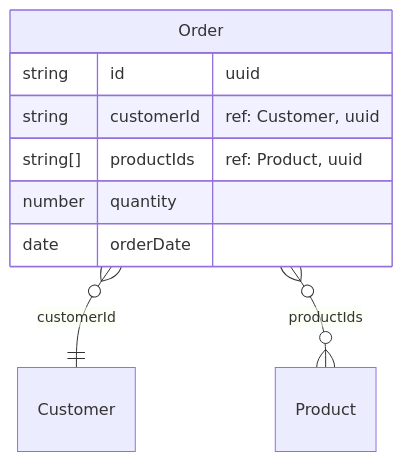
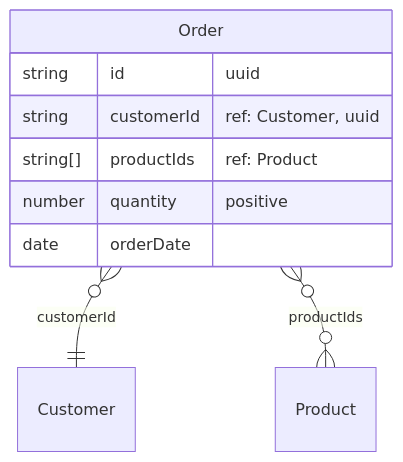
One commit to kothar/zod-mermaid changed the eighth of 10 diagrams in README.md. Above: the diagram before and after it, drawn with Mermaid. The commit also changed other lines of this file and 13 other files, not shown here.

First line of the commit message:
Enhance entity naming in Mermaid diagrams for discriminated unions (#3)

````diff
--- a/README.md
+++ b/README.md
@@ -376,16 +411,12 @@
 ```mermaid
 erDiagram
     Order {
         string id "uuid"
         string customerId "ref: Customer, uuid"
-        string[] productIds "ref: Product, uuid"
-        number quantity
+        string[] productIds "ref: Product"
+        number quantity "positive"
         date orderDate
-    }
-    Customer {
-    }
-    Product {
     }
     Order }o--|| Customer : "customerId"
     Order }o--o{ Product : "productIds"
 ```
````
